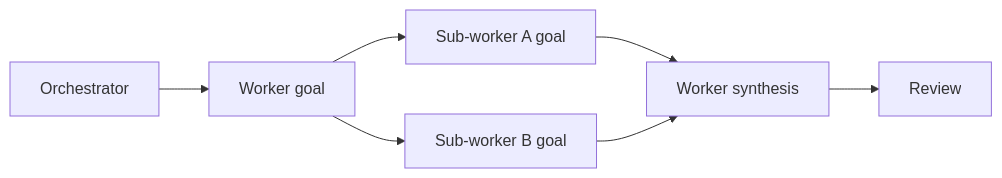
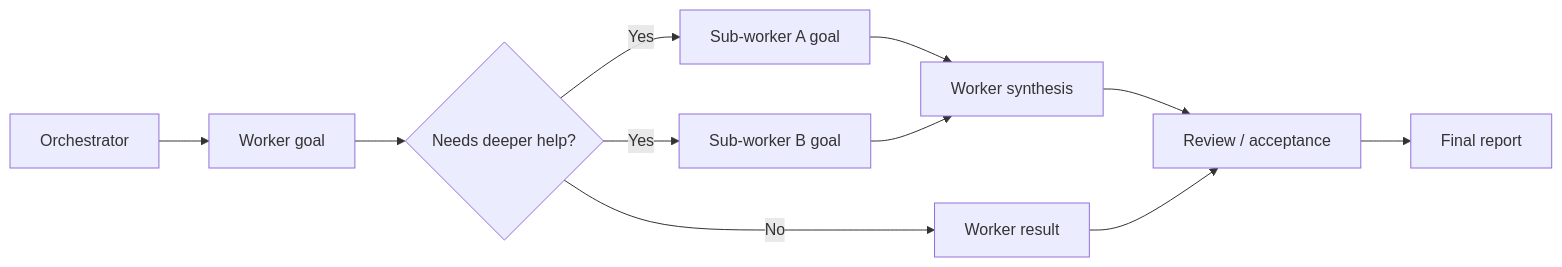
The fourth of 4 diagrams in README.md (patrick-fu/parallel-goal-workflows), drawn with Mermaid before and after one commit. The commit also changed other lines of this file and 1 other file, not shown here.

First line of the commit message:
Simplify standalone workflow shape diagrams

````diff
--- a/README.md
+++ b/README.md
@@ -135,9 +118,13 @@
 ```mermaid
 flowchart LR
   O["Orchestrator"] --> W["Worker goal"]
-  W --> A["Sub-worker A goal"]
-  W --> B["Sub-worker B goal"]
+  W --> Decision{"Needs deeper help?"}
+  Decision -- "Yes" --> A["Sub-worker A goal"]
+  Decision -- "Yes" --> B["Sub-worker B goal"]
   A --> S["Worker synthesis"]
   B --> S
-  S --> R["Review"]
+  Decision -- "No" --> Direct["Worker result"]
+  S --> Review["Review / acceptance"]
+  Direct --> Review
+  Review --> Report["Final report"]
 ```
````
